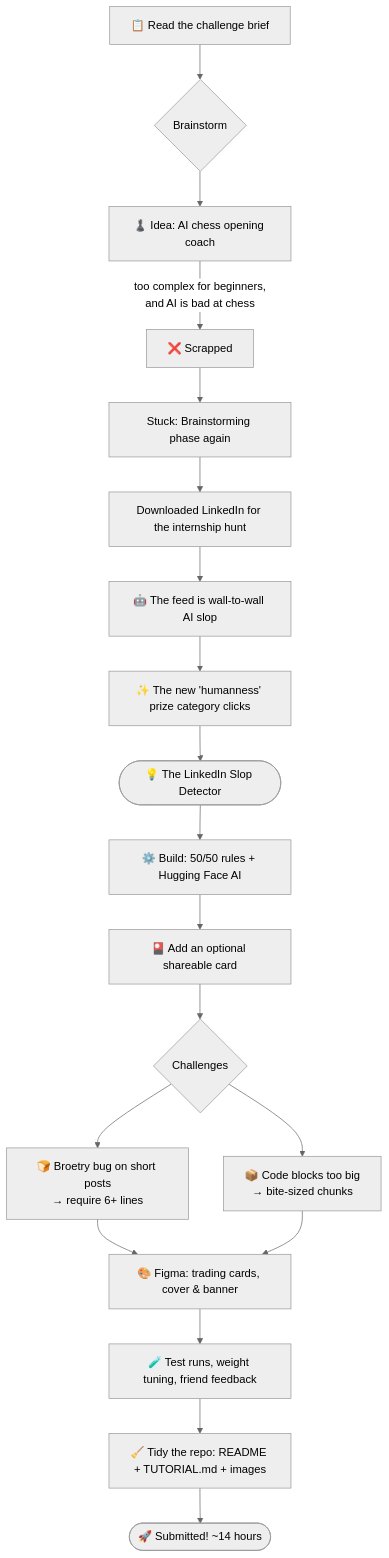
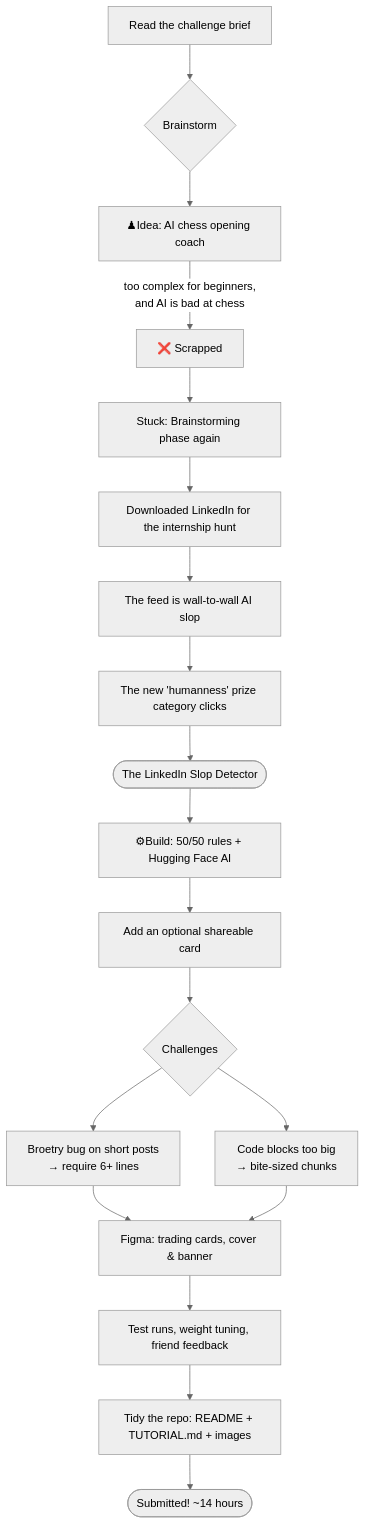
One commit to anp-exe/detect-ai-slop-tutorial changed the diagram in WRITE-UP.md. Above: the diagram before and after it, drawn with Mermaid (neutral theme). The commit also changed other lines of this file, not shown here.

Commit message:
additional changes WRITE-UP.md

````diff
--- a/WRITE-UP.md
+++ b/WRITE-UP.md
@@ -9,21 +9,21 @@
 ```mermaid
 flowchart TD
-    A[📋 Read the challenge brief] --> B{Brainstorm}
-    B --> C[♟️ Idea: AI chess opening coach]
+    A[Read the challenge brief] --> B{Brainstorm}
+    B --> C[♟Idea: AI chess opening coach]
     C -->|too complex for beginners,<br/>and AI is bad at chess| D[❌ Scrapped]
     D --> E[Stuck: Brainstorming phase again]
     E --> F[Downloaded LinkedIn for the internship hunt]
-    F --> G[🤖 The feed is wall-to-wall AI slop]
-    G --> H[✨ The new 'humanness' prize category clicks]
-    H --> I([💡 The LinkedIn Slop Detector])
-    I --> J[⚙️ Build: 50/50 rules + Hugging Face AI]
-    J --> K[🎴 Add an optional shareable card]
+    F --> G[The feed is wall-to-wall AI slop]
+    G --> H[The new 'humanness' prize category clicks]
+    H --> I([The LinkedIn Slop Detector])
+    I --> J[⚙Build: 50/50 rules + Hugging Face AI]
+    J --> K[Add an optional shareable card]
     K --> L{Challenges}
-    L --> M[🍞 Broetry bug on short posts<br/>→ require 6+ lines]
-    L --> N[📦 Code blocks too big<br/>→ bite-sized chunks]
-    M --> O[🎨 Figma: trading cards, cover & banner]
+    L --> M[Broetry bug on short posts<br/>→ require 6+ lines]
+    L --> N[Code blocks too big<br/>→ bite-sized chunks]
+    M --> O[Figma: trading cards, cover & banner]
     N --> O
-    O --> P[🧪 Test runs, weight tuning, friend feedback]
-    P --> Q[🧹 Tidy the repo: README + TUTORIAL.md + images]
-    Q --> R([🚀 Submitted! ~14 hours])
+    O --> P[Test runs, weight tuning, friend feedback]
+    P --> Q[Tidy the repo: README + TUTORIAL.md + images]
+    Q --> R([Submitted! ~14 hours])
 ```
````
